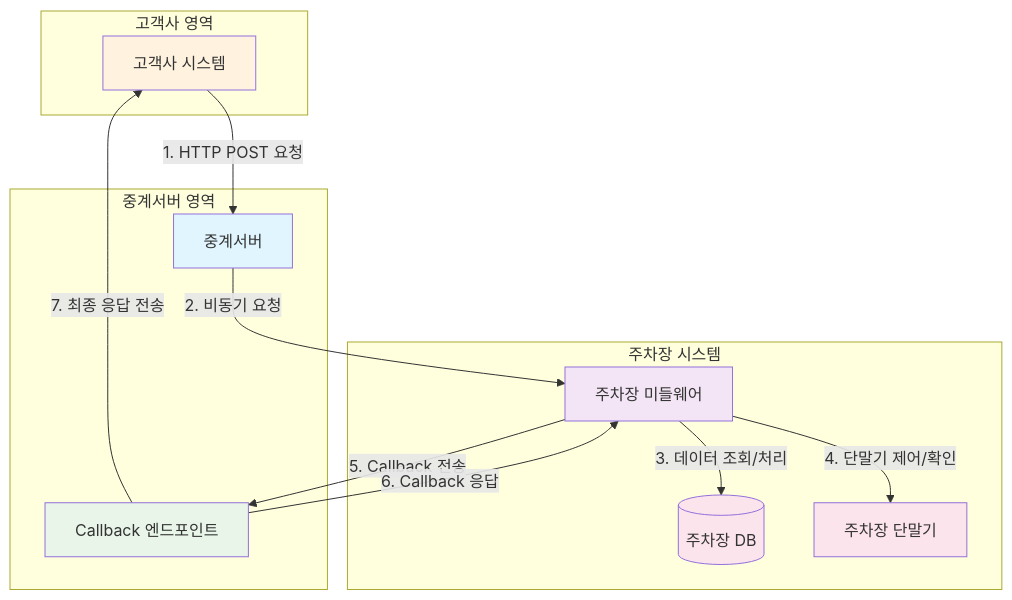
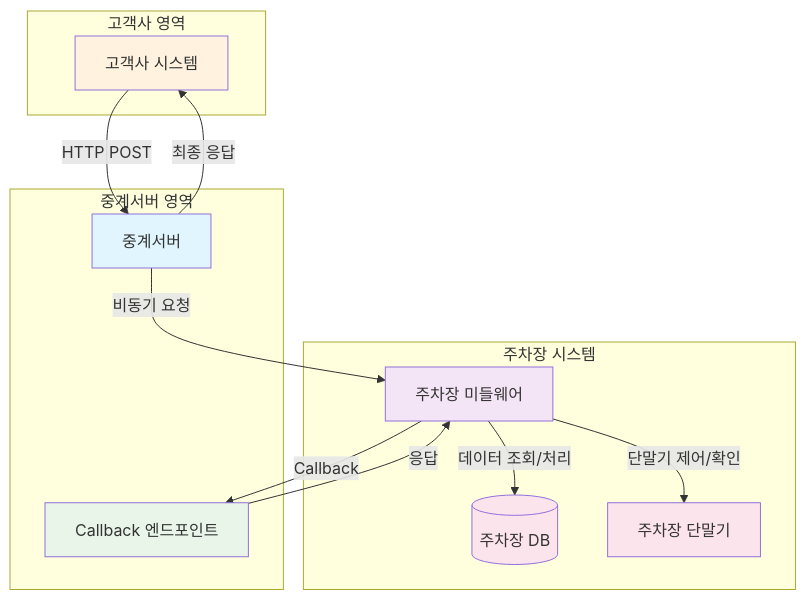
One commit to hongsoonmyung/test changed the first of 6 diagrams in README.md. Above: the diagram before and after it, drawn with Mermaid.

````diff
--- a/README.md
+++ b/README.md
@@ -16,38 +16,38 @@
 ```mermaid
 graph TB
     subgraph "고객사 영역"
         Client[고객사 시스템]
     end
     
     subgraph "중계서버 영역"
         Relay[중계서버]
         Callback[Callback 엔드포인트]
     end
     
     subgraph "주차장 시스템"
         MW[주차장 미들웨어]
         ParkingDB[(주차장 DB)]
         Terminal[주차장 단말기]
     end
     
-    Client -->|1. HTTP POST 요청| Relay
-    Relay -->|2. 비동기 요청| MW
-    MW -->|3. 데이터 조회/처리| ParkingDB
-    MW -->|4. 단말기 제어/확인| Terminal
-    MW -->|5. Callback 전송| Callback
-    Callback -->|6. Callback 응답| MW
-    Callback -->|7. 최종 응답 전송| Client
+    Client -->|HTTP POST | Relay
+    Relay -->|비동기 요청| MW
+    MW -->|데이터 조회/처리| ParkingDB
+    MW -->|단말기 제어/확인| Terminal
+    MW -->|Callback| Callback
+    Callback -->|응답| MW
+    Relay -->|최종 응답 | Client
     
     classDef relayStyle fill:#e1f5fe
     classDef mwStyle fill:#f3e5f5
     classDef callbackStyle fill:#e8f5e8
     classDef clientStyle fill:#fff3e0
     classDef parkingStyle fill:#fce4ec
     
     class Relay relayStyle
     class MW mwStyle
     class Callback callbackStyle
     class Client clientStyle
     class ParkingDB parkingStyle
     class Terminal parkingStyle
 ```
````
